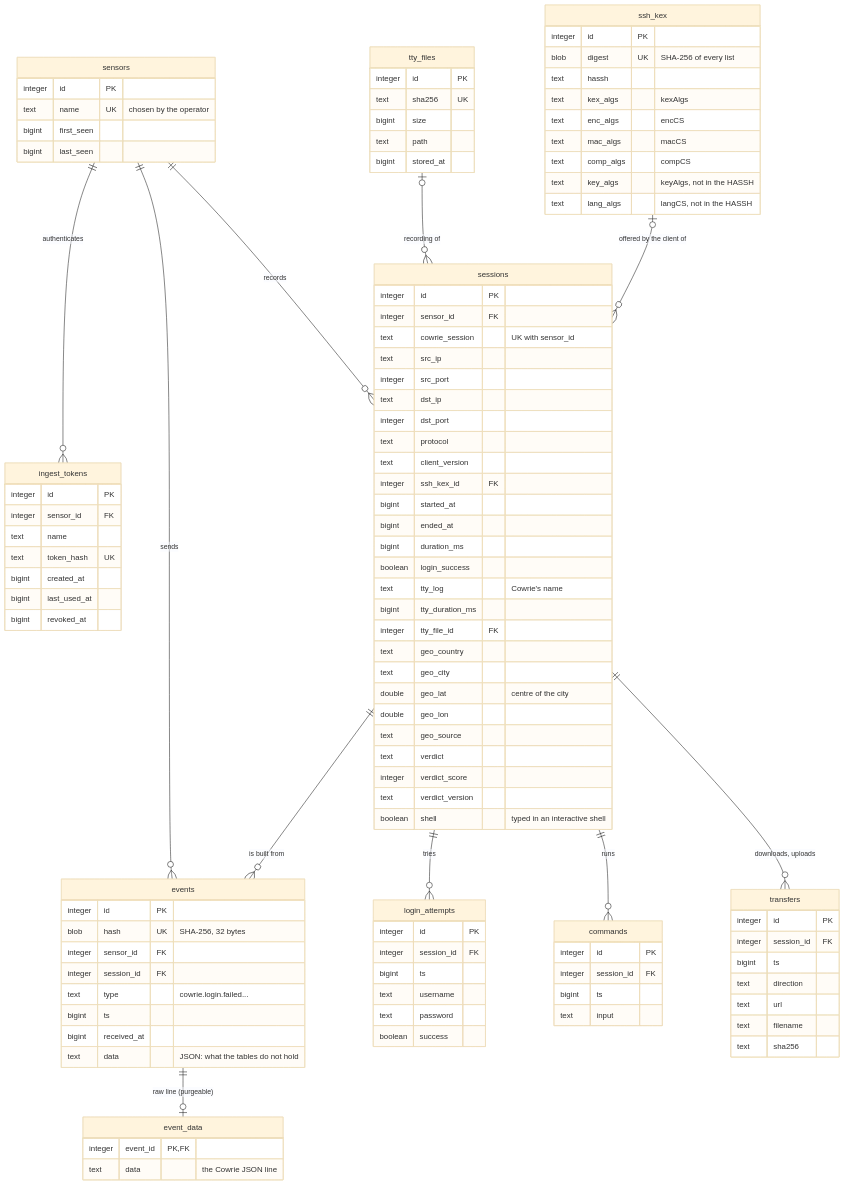
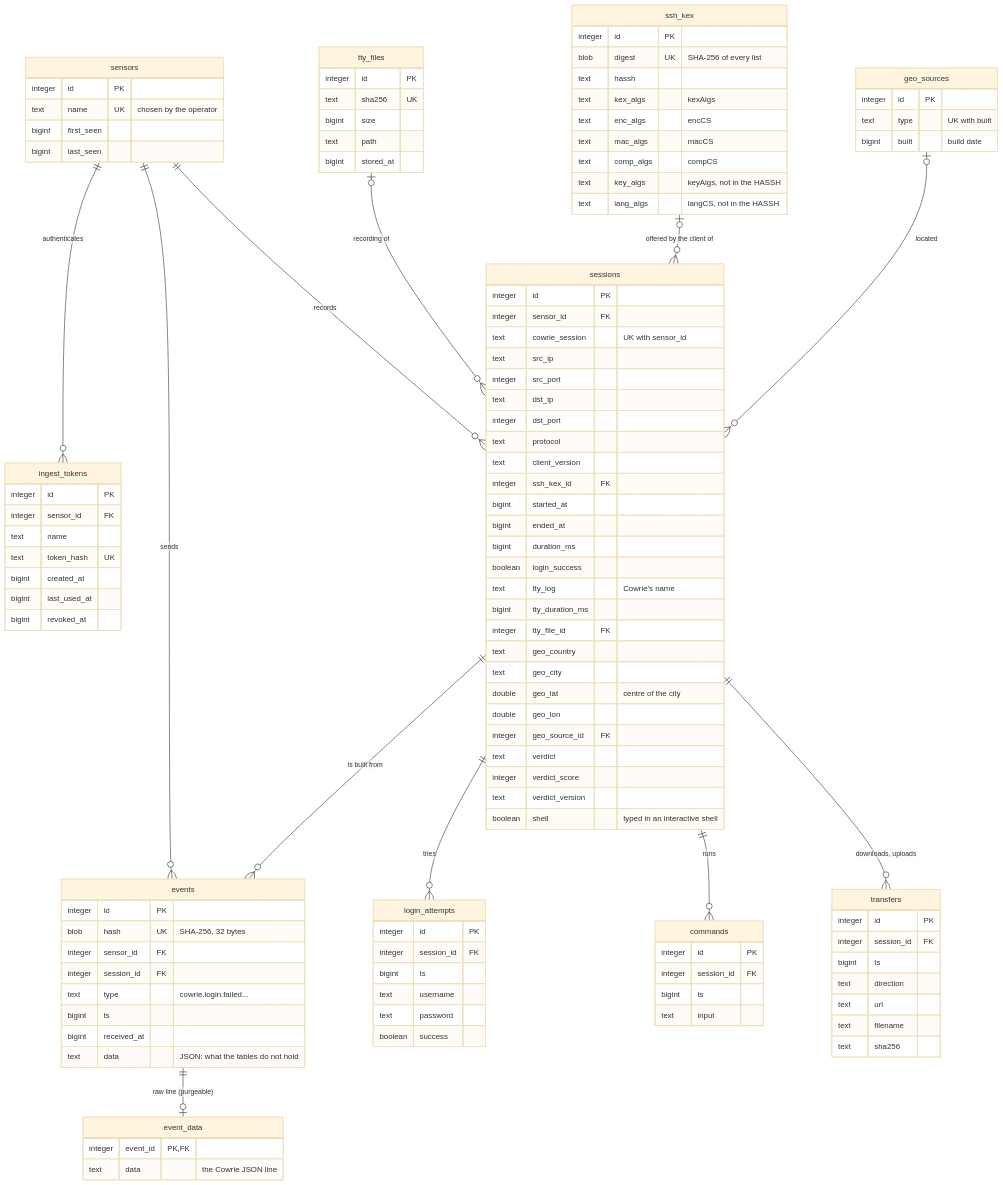
One commit to devleesch001/cauri changed the first of 2 diagrams in docs/db.md. Above: the diagram before and after it, drawn with Mermaid (base theme). The commit also changed other lines of this file and 28 other files, not shown here.

First line of the commit message:
feat(schema): GeoIP databases in their own table, foreign keys follow ids

```diff
--- a/docs/db.md
+++ b/docs/db.md
@@ -67,6 +67,7 @@
     sessions ||--o{ transfers : "downloads, uploads"
     tty_files |o--o{ sessions : "recording of"
     ssh_kex |o--o{ sessions : "offered by the client of"
+    geo_sources |o--o{ sessions : "located"
 
     sensors {
         integer id PK
@@ -105,7 +106,7 @@
         text geo_city
         double geo_lat "centre of the city"
         double geo_lon
-        text geo_source
+        integer geo_source_id FK
         text verdict
         integer verdict_score
         text verdict_version
@@ -148,6 +149,11 @@
         text filename
         text sha256
     }
+    geo_sources {
+        integer id PK
+        text type "UK with built"
+        bigint built "build date"
+    }
     ssh_kex {
         integer id PK
         blob digest UK "SHA-256 of every list"
```
